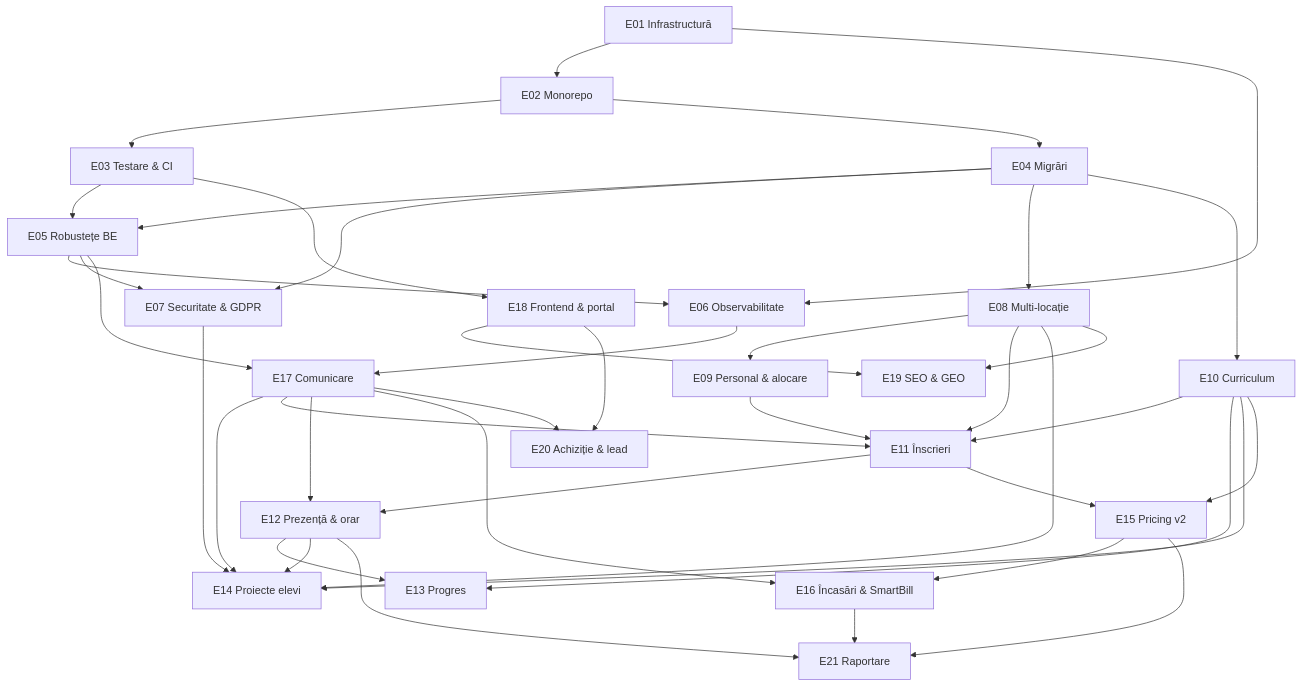
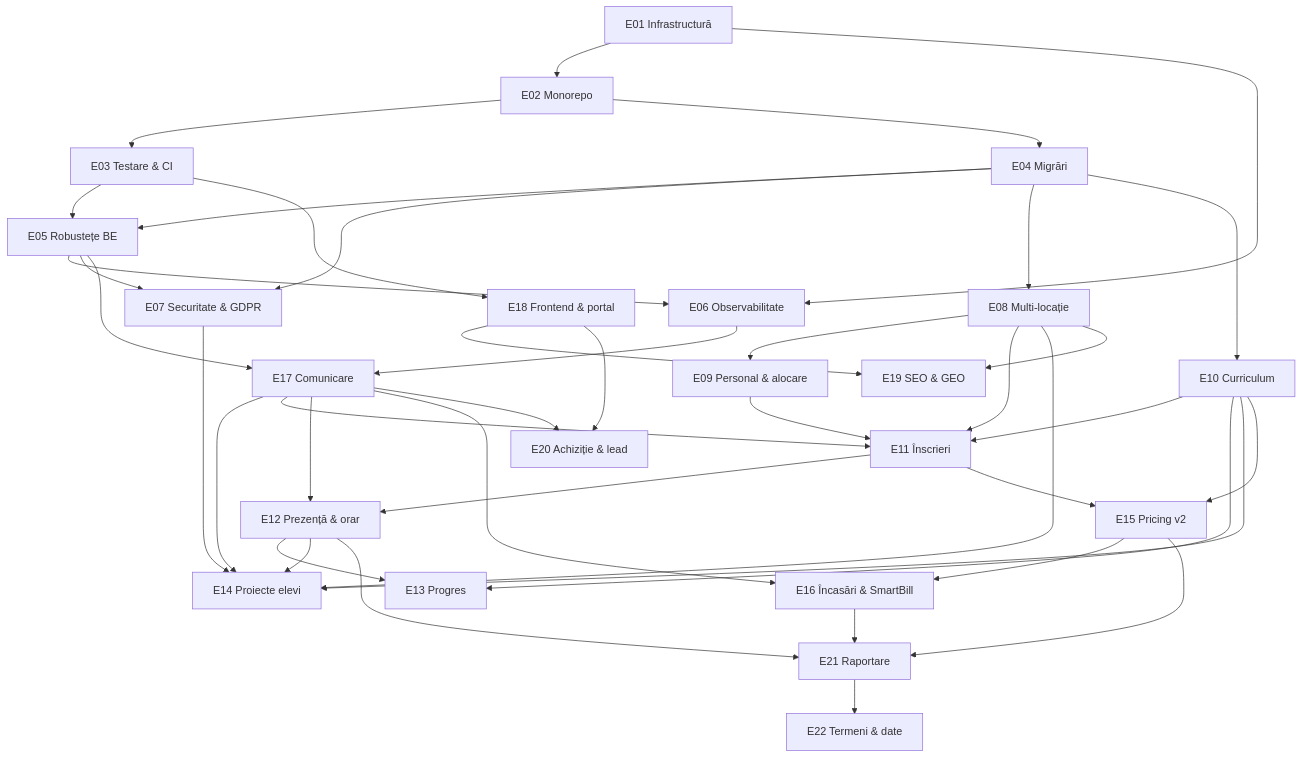
One commit to AlexePaul/ITBridge changed the diagram in docs/epics/README.md. Above: the diagram before and after it, drawn with Mermaid. The commit also changed other lines of this file and 3 other files, not shown here.

````diff
--- a/docs/epics/README.md
+++ b/docs/epics/README.md
@@ -155,42 +156,43 @@
 ```mermaid
 graph TD
   E01[E01 Infrastructură] --> E02[E02 Monorepo]
   E02 --> E03[E03 Testare & CI]
   E02 --> E04[E04 Migrări]
   E03 --> E05[E05 Robustețe BE]
   E04 --> E05
   E01 --> E06[E06 Observabilitate]
   E05 --> E06
   E04 --> E07[E07 Securitate & GDPR]
   E05 --> E07
   E04 --> E08[E08 Multi-locație]
   E08 --> E09[E09 Personal & alocare]
   E04 --> E10[E10 Curriculum]
   E08 --> E11[E11 Înscrieri]
   E09 --> E11
   E10 --> E11
   E11 --> E12[E12 Prezență & orar]
   E10 --> E13[E13 Progres]
   E12 --> E13
   E07 --> E14[E14 Proiecte elevi]
   E08 --> E14
   E10 --> E14
   E12 --> E14
   E17 --> E14
   E10 --> E15[E15 Pricing v2]
   E11 --> E15
   E15 --> E16[E16 Încasări & SmartBill]
   E05 --> E17[E17 Comunicare]
   E06 --> E17
   E17 --> E11
   E17 --> E12
   E17 --> E16
   E03 --> E18[E18 Frontend & portal]
   E08 --> E19[E19 SEO & GEO]
   E18 --> E19
   E17 --> E20[E20 Achiziție & lead]
   E18 --> E20
   E12 --> E21[E21 Raportare]
   E15 --> E21
   E16 --> E21
+  E21 --> E22[E22 Termeni & date]
 ```
````
